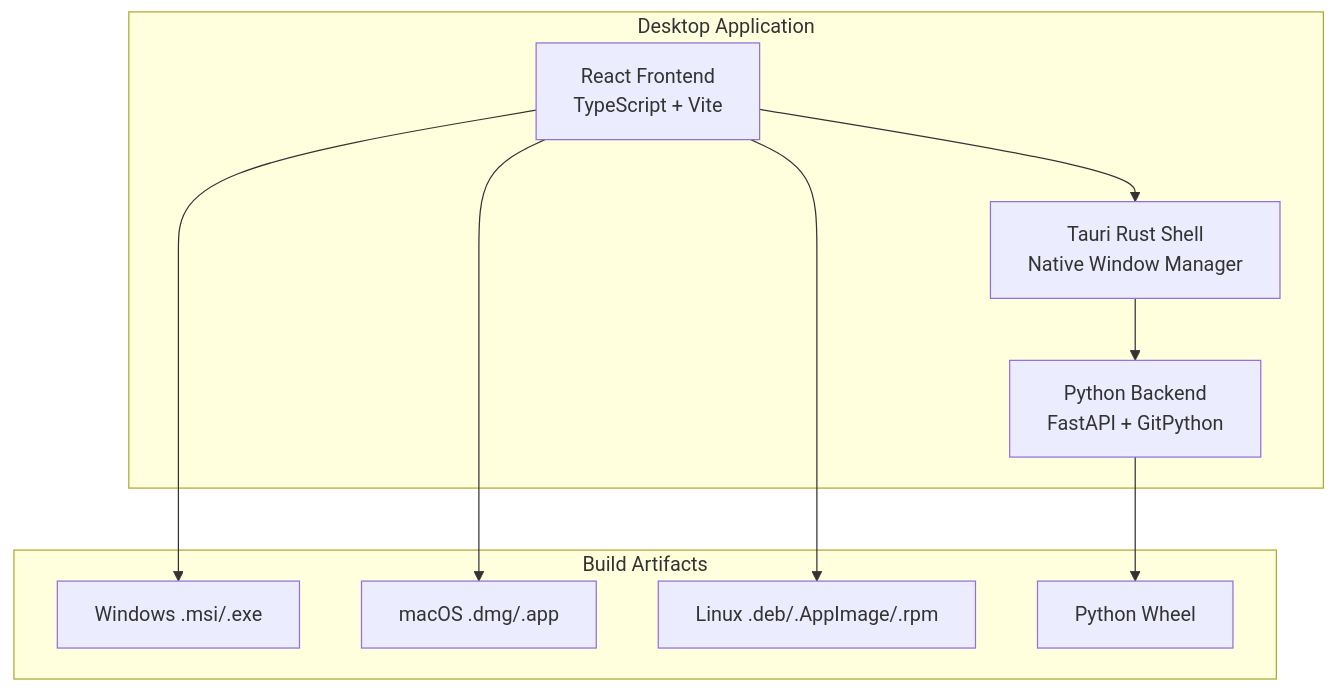
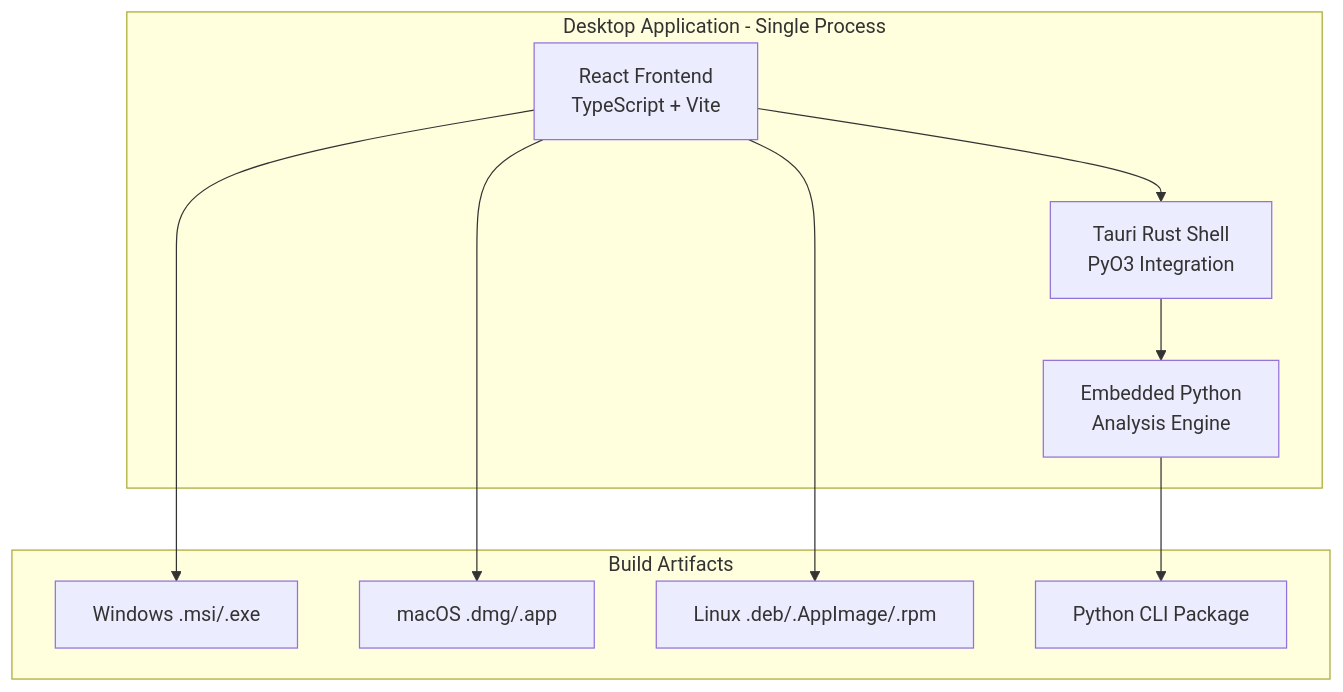
One commit to boost-edu-tools/gitinspectorgui changed the first of 2 diagrams in docs/development/build-process.md. Above: the diagram before and after it, drawn with Mermaid. The commit also changed other lines of this file and 13 other files, not shown here.

````diff
--- a/docs/development/build-process.md
+++ b/docs/development/build-process.md
@@ -28,19 +28,19 @@
 ```mermaid
 graph TB
-    subgraph "Desktop Application"
-        A[React Frontend<br/>TypeScript + Vite] --> B[Tauri Rust Shell<br/>Native Window Manager]
-        B --> C[Python Backend<br/>FastAPI + GitPython]
+    subgraph "Desktop Application - Single Process"
+        A[React Frontend<br/>TypeScript + Vite] --> B[Tauri Rust Shell<br/>PyO3 Integration]
+        B --> C[Embedded Python<br/>Analysis Engine]
     end
 
     subgraph "Build Artifacts"
         D[Windows .msi/.exe]
         E[macOS .dmg/.app]
         F[Linux .deb/.AppImage/.rpm]
-        G[Python Wheel]
+        G[Python CLI Package]
     end
 
     A --> D
     A --> E
     A --> F
     C --> G
 ```
````
